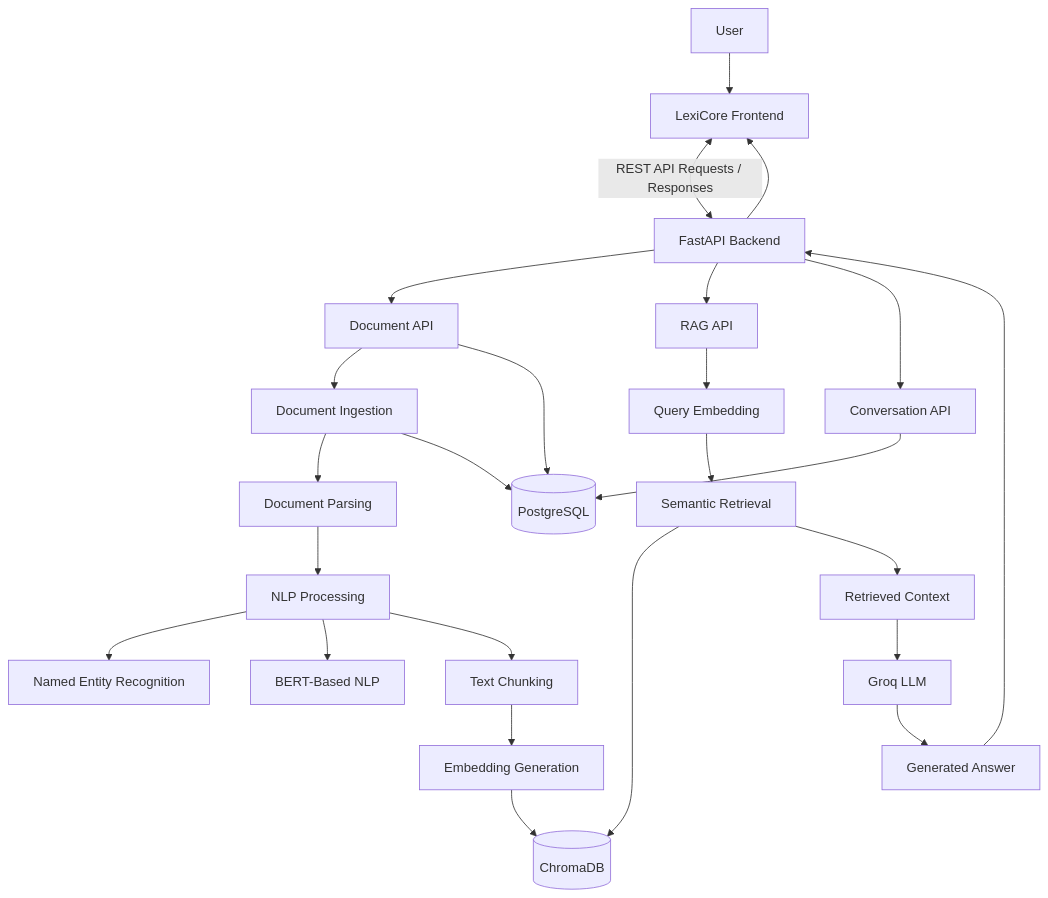
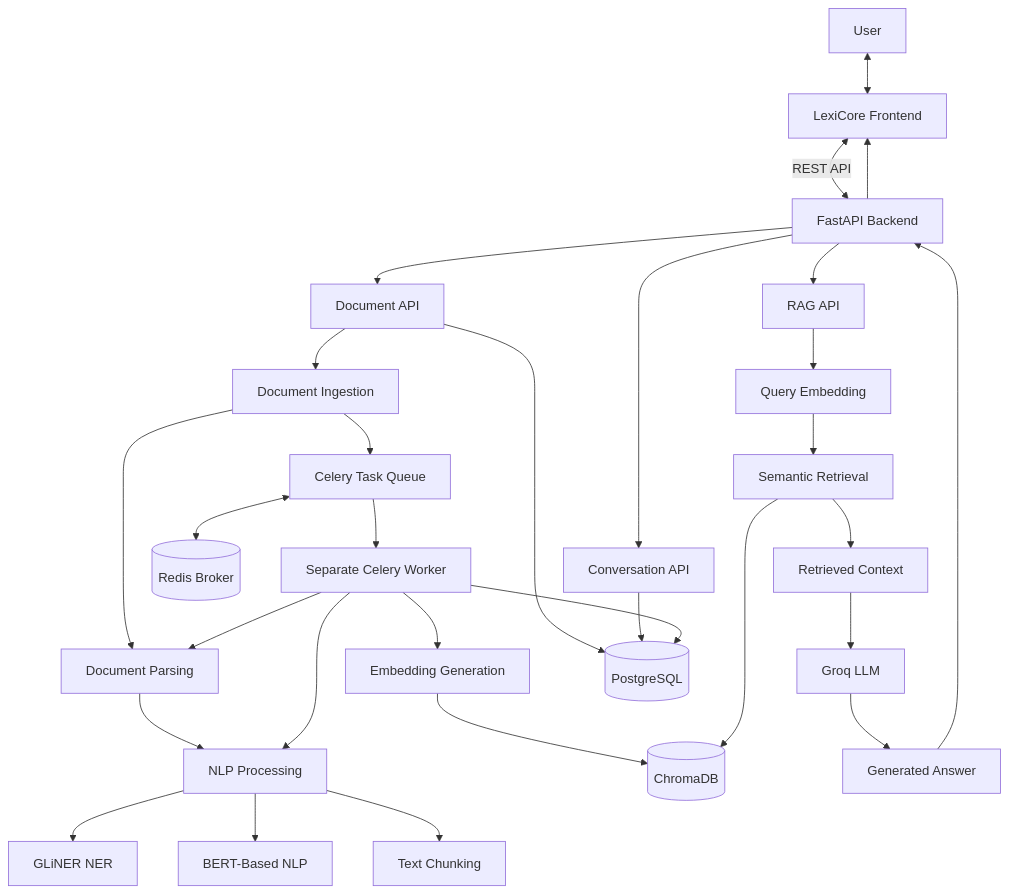
The first of 2 diagrams in README.md (ismail-ashraf/Lexi-Core), drawn with Mermaid before and after one commit. The commit also changed other lines of this file, not shown here.

````diff
--- a/README.md
+++ b/README.md
@@ -86,34 +73,40 @@
 ```mermaid
 flowchart TD
-    U[User] --> FE[LexiCore Frontend]
-    FE <-->|REST API Requests / Responses| API[FastAPI Backend]
+    U[User] <--> FE[LexiCore Frontend]
+    FE <-->|REST API| API[FastAPI Backend]
 
     API --> DOC[Document API]
     API --> RAG[RAG API]
     API --> CONV[Conversation API]
 
     DOC --> ING[Document Ingestion]
     ING --> PARSE[Document Parsing]
     PARSE --> NLP[NLP Processing]
 
-    NLP --> NER[Named Entity Recognition]
+    NLP --> NER[GLiNER NER]
     NLP --> BERT[BERT-Based NLP]
     NLP --> CHUNK[Text Chunking]
 
-    CHUNK --> EMB[Embedding Generation]
+    ING --> CELERY[Celery Task Queue]
+    CELERY <--> REDIS[(Redis Broker)]
+    CELERY --> WORKER[Separate Celery Worker]
+
+    WORKER --> PARSE
+    WORKER --> NLP
+    WORKER --> EMB[Embedding Generation]
     EMB --> VDB[(ChromaDB)]
 
     RAG --> QE[Query Embedding]
     QE --> RET[Semantic Retrieval]
     RET --> VDB
     RET --> CTX[Retrieved Context]
     CTX --> LLM[Groq LLM]
     LLM --> ANS[Generated Answer]
 
     DOC --> DB[(PostgreSQL)]
     CONV --> DB
-    ING --> DB
+    WORKER --> DB
 
     ANS --> API
     API --> FE
 ```
````
